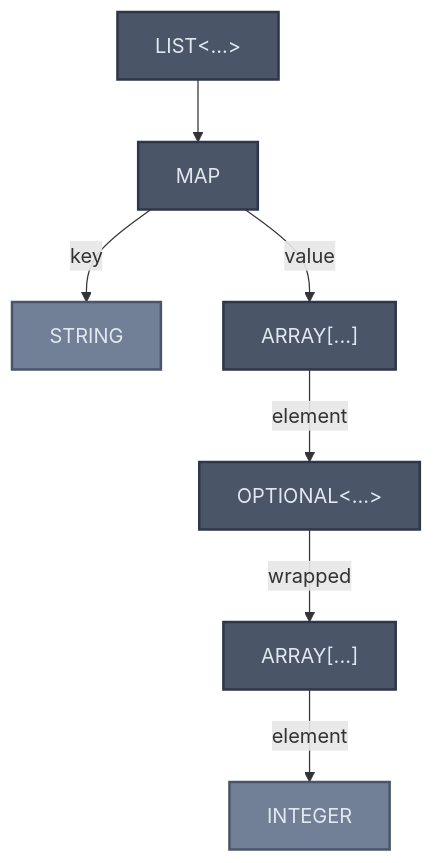
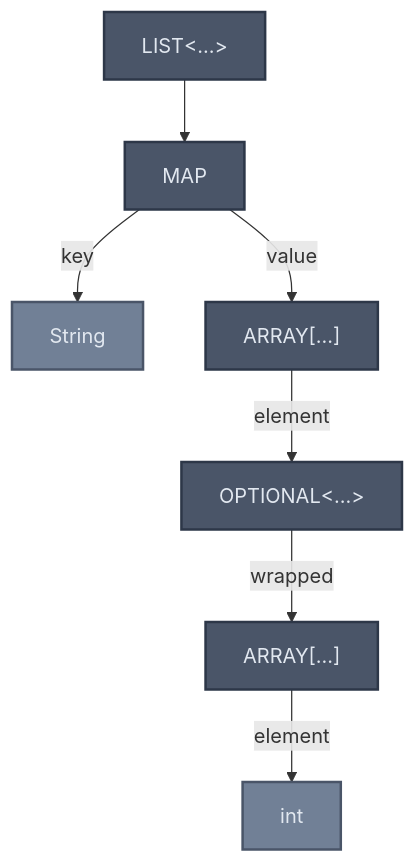
One commit to simbo1905/simple-pickle changed the diagram in ARCHITECTURE.md. Above: the diagram before and after it, drawn with Mermaid. The commit also changed other lines of this file and 2 other files, not shown here.

````diff
--- a/ARCHITECTURE.md
+++ b/ARCHITECTURE.md
@@ -252,15 +265,15 @@
 ```mermaid
 graph TD
     A["LIST<...>"] --> B["MAP<K,V>"]
-    B -->|key| C["STRING"]
+    B -->|key| C["String"]
     B -->|value| D["ARRAY[...]"]
     D -->|element| E["OPTIONAL<...>"]
     E -->|wrapped| F["ARRAY[...]"]
-    F -->|element| G["INTEGER"]
+    F -->|element| G["int"]
 
     classDef container fill:#4a5568,stroke:#2d3748,stroke-width:2px,color:#e2e8f0
     classDef primitive fill:#718096,stroke:#4a5568,stroke-width:2px,color:#e2e8f0
 
     class A,B,D,E,F container
     class C,G primitive
 ```
````
